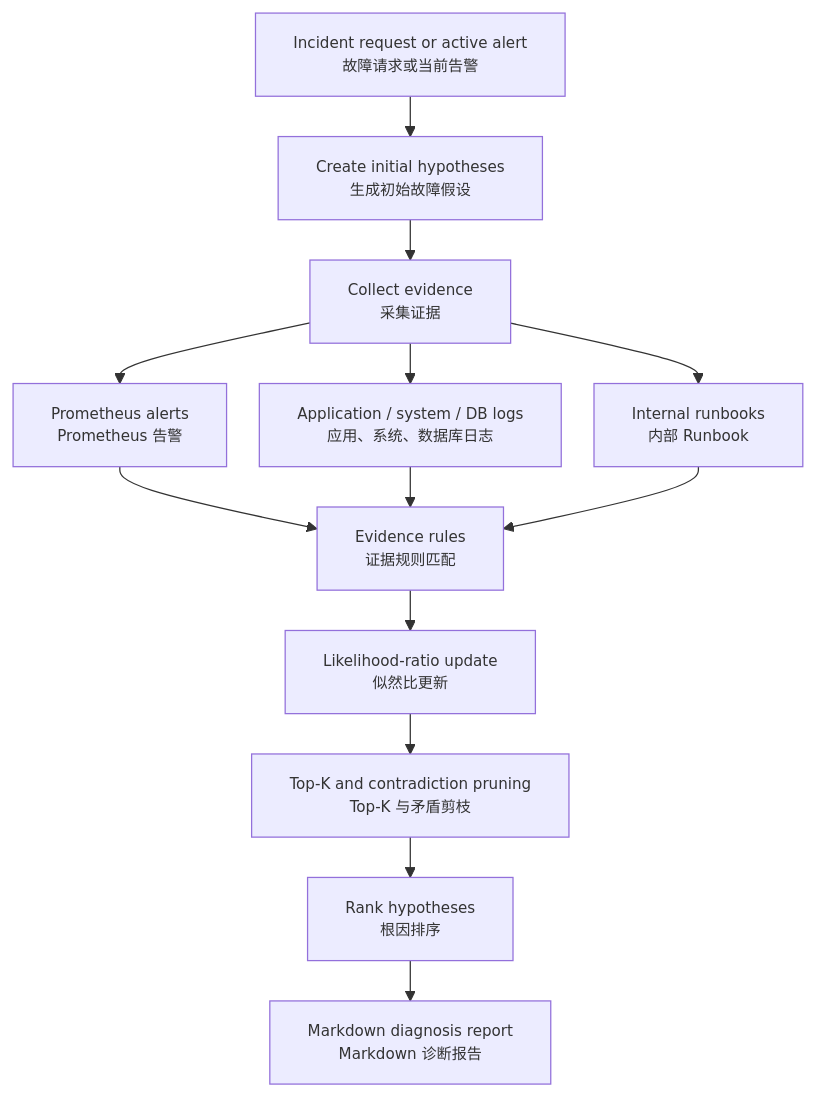
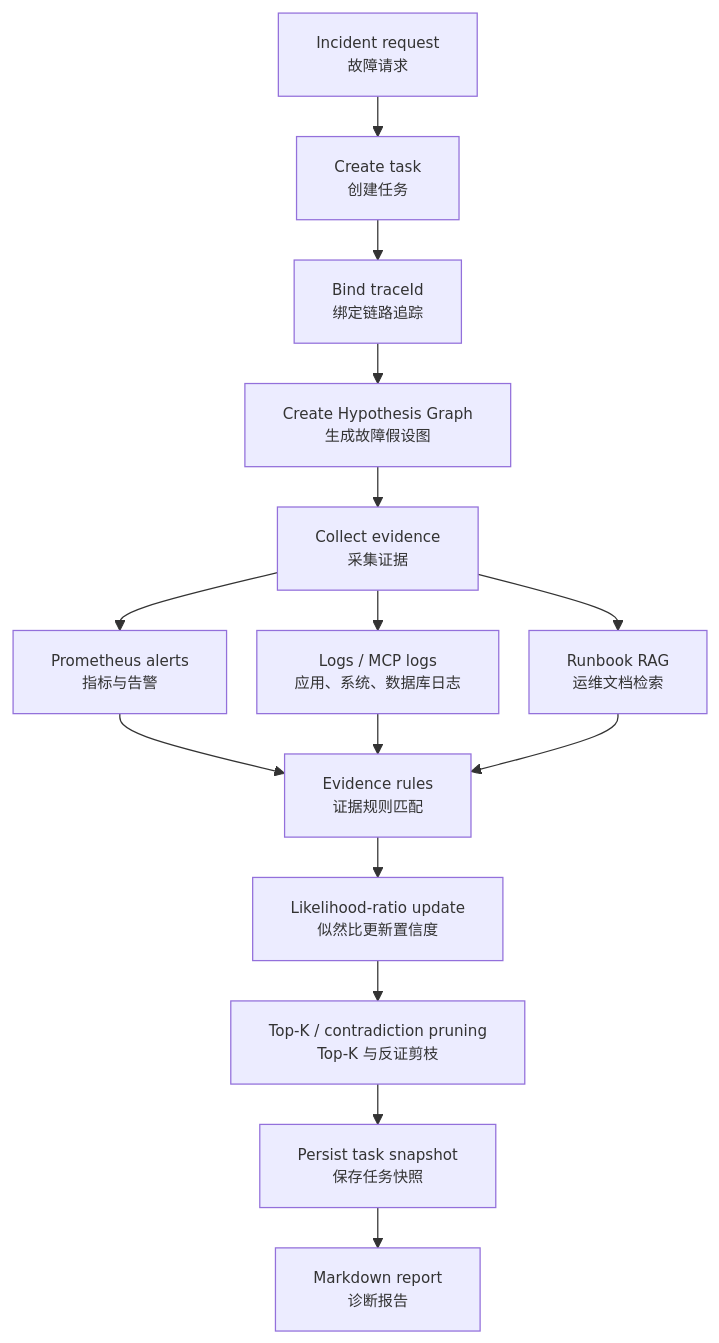
Before and after one commit to ember056/devassist-agent: the third of 3 diagrams in README.md, drawn with Mermaid. The commit also changed other lines of this file and 17 other files, not shown here.

Commit message:
feat: add trace and aiops task snapshots

````diff
--- a/README.md
+++ b/README.md
@@ -154,16 +85,18 @@
 ```mermaid
-%%{init: {"themeVariables": {"fontSize": "12px"}, "flowchart": {"nodeSpacing": 26, "rankSpacing": 32}}}%%
+%%{init: {"themeVariables": {"fontSize": "12px"}, "flowchart": {"nodeSpacing": 24, "rankSpacing": 32}}}%%
 flowchart TD
-    REQ["Incident request or active alert<br/>故障请求或当前告警"] --> INIT["Create initial hypotheses<br/>生成初始故障假设"]
+    REQ["Incident request<br/>故障请求"] --> TASK["Create task<br/>创建任务"]
+    TASK --> TRACE["Bind traceId<br/>绑定链路追踪"]
+    TRACE --> INIT["Create Hypothesis Graph<br/>生成故障假设图"]
     INIT --> COLLECT["Collect evidence<br/>采集证据"]
-    COLLECT --> PROM["Prometheus alerts<br/>Prometheus 告警"]
-    COLLECT --> LOG["Application / system / DB logs<br/>应用、系统、数据库日志"]
-    COLLECT --> RUNBOOK["Internal runbooks<br/>内部 Runbook"]
-    PROM --> MATCH["Evidence rules<br/>证据规则匹配"]
-    LOG --> MATCH
-    RUNBOOK --> MATCH
-    MATCH --> UPDATE["Likelihood-ratio update<br/>似然比更新"]
-    UPDATE --> PRUNE["Top-K and contradiction pruning<br/>Top-K 与矛盾剪枝"]
-    PRUNE --> RANK["Rank hypotheses<br/>根因排序"]
-    RANK --> REPORT["Markdown diagnosis report<br/>Markdown 诊断报告"]
+    COLLECT --> PROM["Prometheus alerts<br/>指标与告警"]
+    COLLECT --> LOG["Logs / MCP logs<br/>应用、系统、数据库日志"]
+    COLLECT --> DOCS["Runbook RAG<br/>运维文档检索"]
+    PROM --> RULES["Evidence rules<br/>证据规则匹配"]
+    LOG --> RULES
+    DOCS --> RULES
+    RULES --> UPDATE["Likelihood-ratio update<br/>似然比更新置信度"]
+    UPDATE --> PRUNE["Top-K / contradiction pruning<br/>Top-K 与反证剪枝"]
+    PRUNE --> SNAPSHOT["Persist task snapshot<br/>保存任务快照"]
+    SNAPSHOT --> REPORT["Markdown report<br/>诊断报告"]
 ```
````
